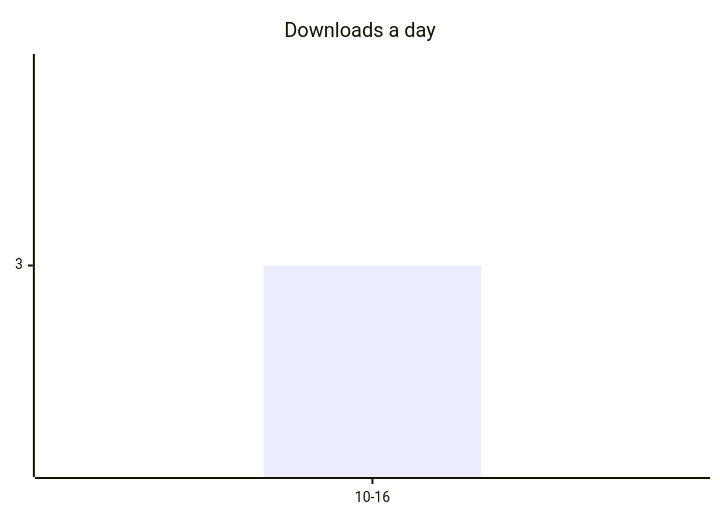
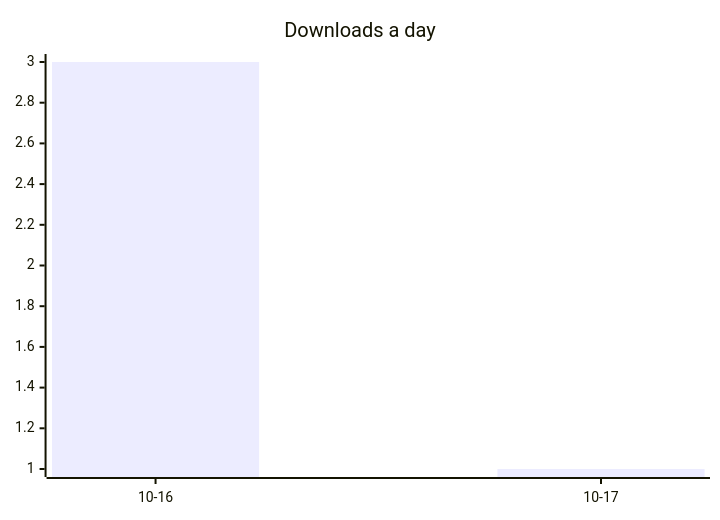
Before and after one commit to ArtemkaGoldMan/ContextSwitcher: the first of 2 diagrams in README.md, drawn with Mermaid. The commit also changed other lines of this file and 5 other files, not shown here.

````diff
--- a/README.md
+++ b/README.md
@@ -28,6 +29,6 @@
 ```mermaid
 xychart-beta
     title "Downloads a day"
-    x-axis ["10-16"]
-    bar [3]
+    x-axis ["10-16", "10-17"]
+    bar [3, 1]
 ```
````
